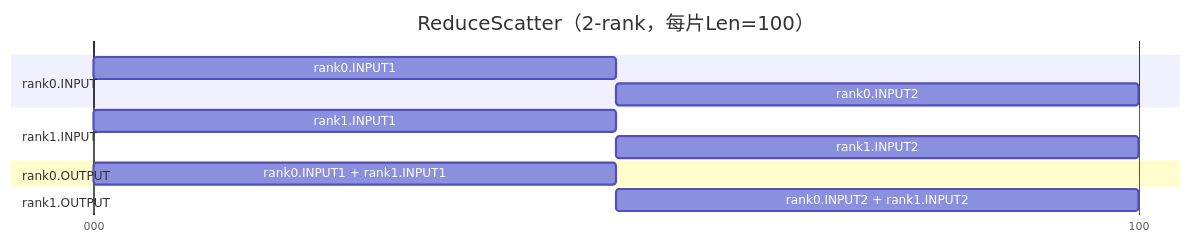
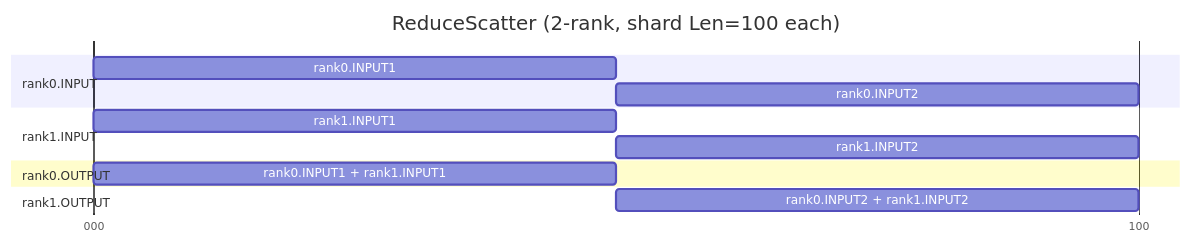
Before and after one commit to Atlas-Ascend-Fork/hcomm: diagram 11 of 19 in test/hccl_vm/docs/checker_quick_intro_en.md, drawn with Mermaid. The commit also changed other lines of this file and 73 other files, not shown here.

````diff
--- a/test/hccl_vm/docs/checker_quick_intro_en.md
+++ b/test/hccl_vm/docs/checker_quick_intro_en.md
@@ -452,21 +452,21 @@
 ```mermaid
 gantt
-    title ReduceScatter（2-rank，每片Len=100）
+    title ReduceScatter (2-rank, shard Len=100 each)
     dateFormat x
     axisFormat %L
     tickInterval 100millisecond
 
     section rank0.INPUT
     rank0.INPUT1 : 0, 50
     rank0.INPUT2 : 50, 100
 
     section rank1.INPUT
     rank1.INPUT1 : 0, 50
     rank1.INPUT2 : 50, 100
 
     section rank0.OUTPUT
     rank0.INPUT1 + rank1.INPUT1 : 0, 50
 
     section rank1.OUTPUT
     rank0.INPUT2 + rank1.INPUT2 : 50, 100
 ```
````
